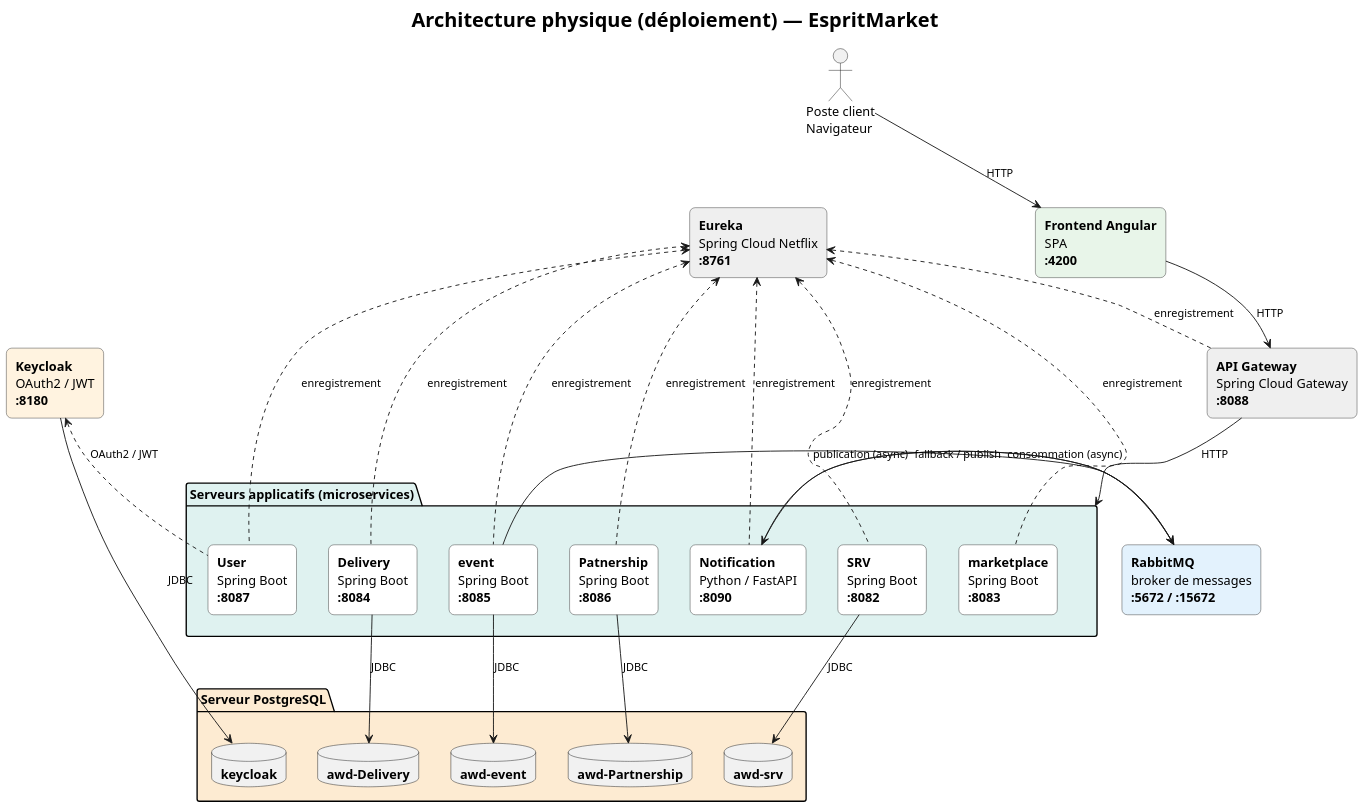
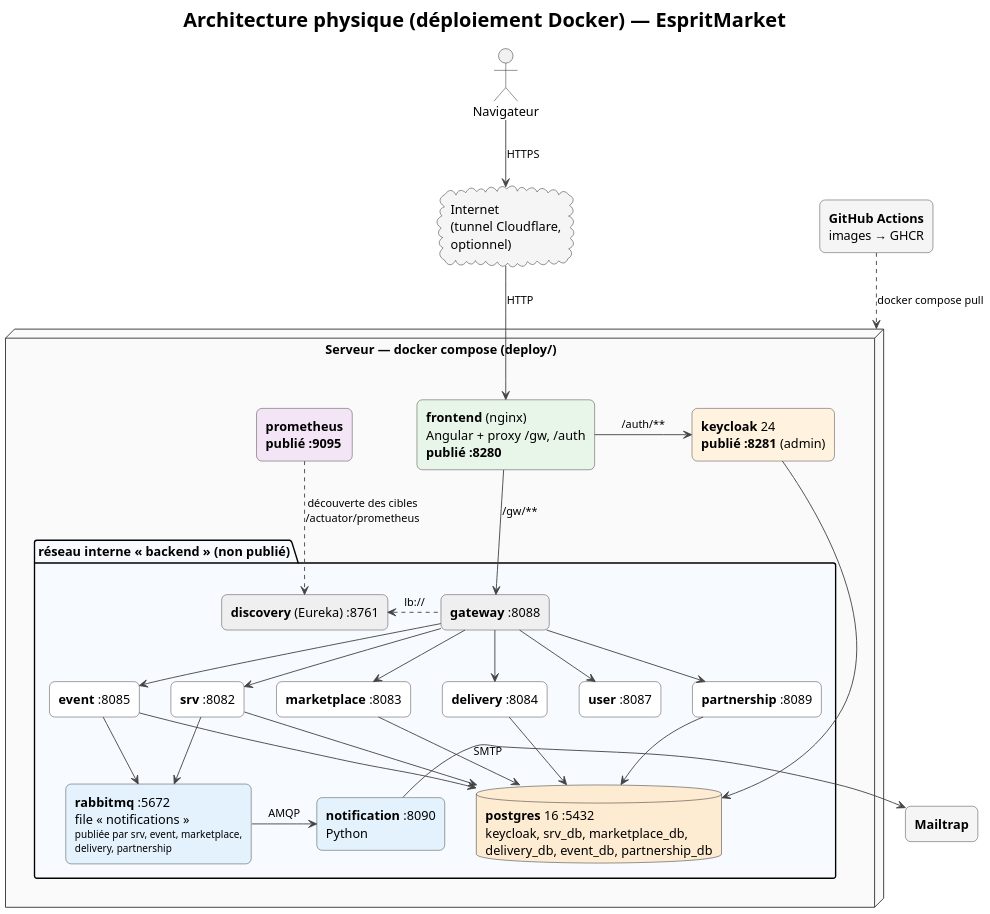
One commit to TheSphynxoid/AWD-EspritMarket changed the diagram in documentation/diag/architecture-physique.puml. Above: the diagram before and after it, drawn with PlantUML. The commit also changed 3 other files, not shown here.

Commit message:
docs: redraw architecture diagrams (current services, ports, databases, messaging, Docker deployment)

```diff
--- a/documentation/diag/architecture-physique.puml
+++ b/documentation/diag/architecture-physique.puml
@@ -1,86 +1,81 @@
 @startuml architecture-physique
 
-title <size:22>**Architecture physique (déploiement) — EspritMarket**</size>
+title <size:22>**Architecture physique (déploiement Docker) — EspritMarket**</size>
 
 skinparam dpi 150
 skinparam shadowing false
 skinparam defaultFontName "Segoe UI"
 skinparam rectangleRoundCorner 12
 skinparam packageRectangleRoundCorner 18
 skinparam ArrowFontSize 12
+skinparam ArrowColor #444444
+skinparam nodesep 35
+skinparam ranksep 55
 
 skinparam rectangle {
   BackgroundColor #FFFFFF
   BorderColor #333333
 }
-
-actor "Poste client\nNavigateur" as Client
-
-rectangle "**Frontend Angular**\nSPA\n<b>:4200</b>" as FE #E8F5E9
-
-rectangle "**API Gateway**\nSpring Cloud Gateway\n<b>:8088</b>" as GW #EFEFEF
-
-rectangle "**Eureka**\nSpring Cloud Netflix\n<b>:8761</b>" as EU #EFEFEF
-
-rectangle "**Keycloak**\nOAuth2 / JWT\n<b>:8180</b>" as KC #FFF3E0
-
-package "Serveurs applicatifs (microservices)" as APP #DFF2F0 {
-  rectangle "**SRV**\nSpring Boot\n<b>:8082</b>" as SRV
-  rectangle "**marketplace**\nSpring Boot\n<b>:8083</b>" as MKT
-  rectangle "**Delivery**\nSpring Boot\n<b>:8084</b>" as DEL
-  rectangle "**event**\nSpring Boot\n<b>:8085</b>" as EVT
-  rectangle "**Patnership**\nSpring Boot\n<b>:8086</b>" as PTN
-  rectangle "**User**\nSpring Boot\n<b>:8087</b>" as USR
-  rectangle "**Notification**\nPython / FastAPI\n<b>:8090</b>" as NOT
-  SRV -[hidden]right-> MKT
-  MKT -[hidden]right-> DEL
-  DEL -[hidden]right-> EVT
-  EVT -[hidden]right-> PTN
-  PTN -[hidden]right-> USR
-  USR -[hidden]right-> NOT
+skinparam node {
+  BackgroundColor #FAFAFA
+  BorderColor #333333
 }
 
-package "Serveur PostgreSQL" as DBS #FDEBD2 {
-  database "**awd-Delivery**" as AWDDB
-  database "**awd-event**" as EVTDB
-  database "**awd-Partnership**" as PTNDB
-  database "**awd-srv**" as SRVDB
-  database "**keycloak**" as KCDB
-  AWDDB -[hidden]right-> EVTDB
-  EVTDB -[hidden]right-> PTNDB
-  PTNDB -[hidden]right-> SRVDB
-  SRVDB -[hidden]right-> KCDB
+actor "Navigateur" as Client
+cloud "Internet\n(tunnel Cloudflare,\noptionnel)" as CF #F5F5F5
+rectangle "**GitHub Actions**\nimages → GHCR" as CI #F5F5F5
+
+node "Serveur — docker compose (deploy/)" as HOST {
+
+  rectangle "**frontend** (nginx)\nAngular + proxy /gw, /auth\n<b>publié :8280</b>" as FE #E8F5E9
+  rectangle "**keycloak** 24\n<b>publié :8281</b> (admin)" as KC #FFF3E0
+  rectangle "**prometheus**\n<b>publié :9095</b>" as PROM #F3E5F5
+
+  package "réseau interne « backend » (non publié)" as NET #F7FBFF {
+    rectangle "**gateway** :8088" as GW #EFEFEF
+    rectangle "**discovery** (Eureka) :8761" as EU #EFEFEF
+
+    rectangle "**srv** :8082" as SRV
+    rectangle "**marketplace** :8083" as MKT
+    rectangle "**delivery** :8084" as DEL
+    rectangle "**event** :8085" as EVT
+    rectangle "**user** :8087" as USR
+    rectangle "**partnership** :8089" as PTN
+    rectangle "**notification** :8090\nPython" as NOT #E3F2FD
+
+    rectangle "**rabbitmq** :5672\nfile « notifications »\n<size:11>publiée par srv, event, marketplace,</size>\n<size:11>delivery, partnership</size>" as RMQ #E3F2FD
+    database "**postgres** 16 :5432\nkeycloak, srv_db, marketplace_db,\ndelivery_db, event_db, partnership_db" as PG #FDEBD2
+  }
 }
 
-rectangle "**RabbitMQ**\nbroker de messages\n<b>:5672 / :15672</b>" as RMQ #E3F2FD
+rectangle "**Mailtrap**" as MAIL #F5F5F5
 
-Client -down-> FE : HTTP
-FE -down-> GW : HTTP
+Client -down-> CF : HTTPS
+CF -down-> FE : HTTP
+FE -down-> GW : /gw/**
+FE -right-> KC : /auth/**
 
-Client -[hidden]right-> EU
+GW -down-> SRV
+GW -down-> MKT
+GW -down-> DEL
+GW -down-> EVT
+GW -down-> USR
+GW -down-> PTN
+GW .left.> EU : lb://
 
-GW -down-> APP : HTTP
-GW .up.> EU : enregistrement
+SRV -down-> PG
+MKT -down-> PG
+DEL -down-> PG
+EVT -down-> PG
+PTN -down-> PG
+KC -down-> PG
 
-SRV .up.> EU : enregistrement
-MKT .up.> EU : enregistrement
-DEL .up.> EU : enregistrement
-EVT .up.> EU : enregistrement
-PTN .up.> EU : enregistrement
-USR .up.> EU : enregistrement
-NOT .up.> EU : enregistrement
+SRV -down-> RMQ
+EVT -down-> RMQ
+RMQ -right-> NOT : AMQP
+NOT -right-> MAIL : SMTP
 
-USR .up.> KC : OAuth2 / JWT
-KC -down-> KCDB : JDBC
-
-DEL -down-> AWDDB : JDBC
-EVT -down-> EVTDB : JDBC
-PTN -down-> PTNDB : JDBC
-SRV -down-> SRVDB : JDBC
-
-EVT -right-> RMQ : publication (async)
-RMQ -right-> NOT : consommation (async)
-
-NOT -down-> RMQ : fallback / publish
+PROM .down.> EU : découverte des cibles\n/actuator/prometheus
+CI .down.> HOST : docker compose pull
 
 @enduml
```
